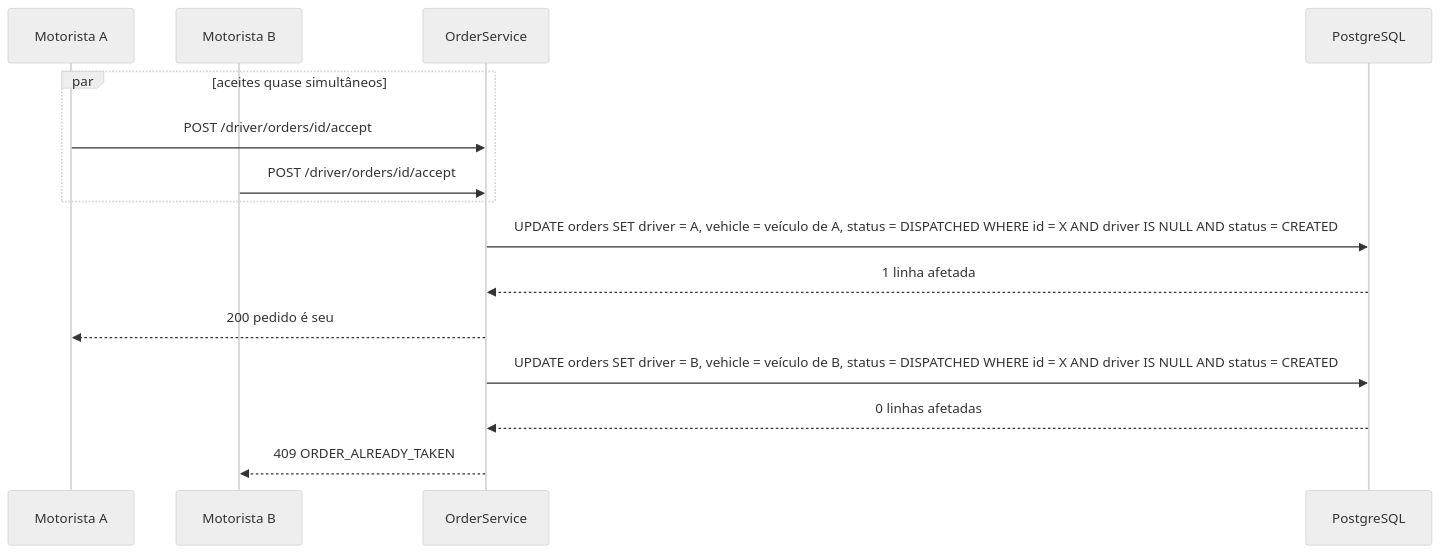
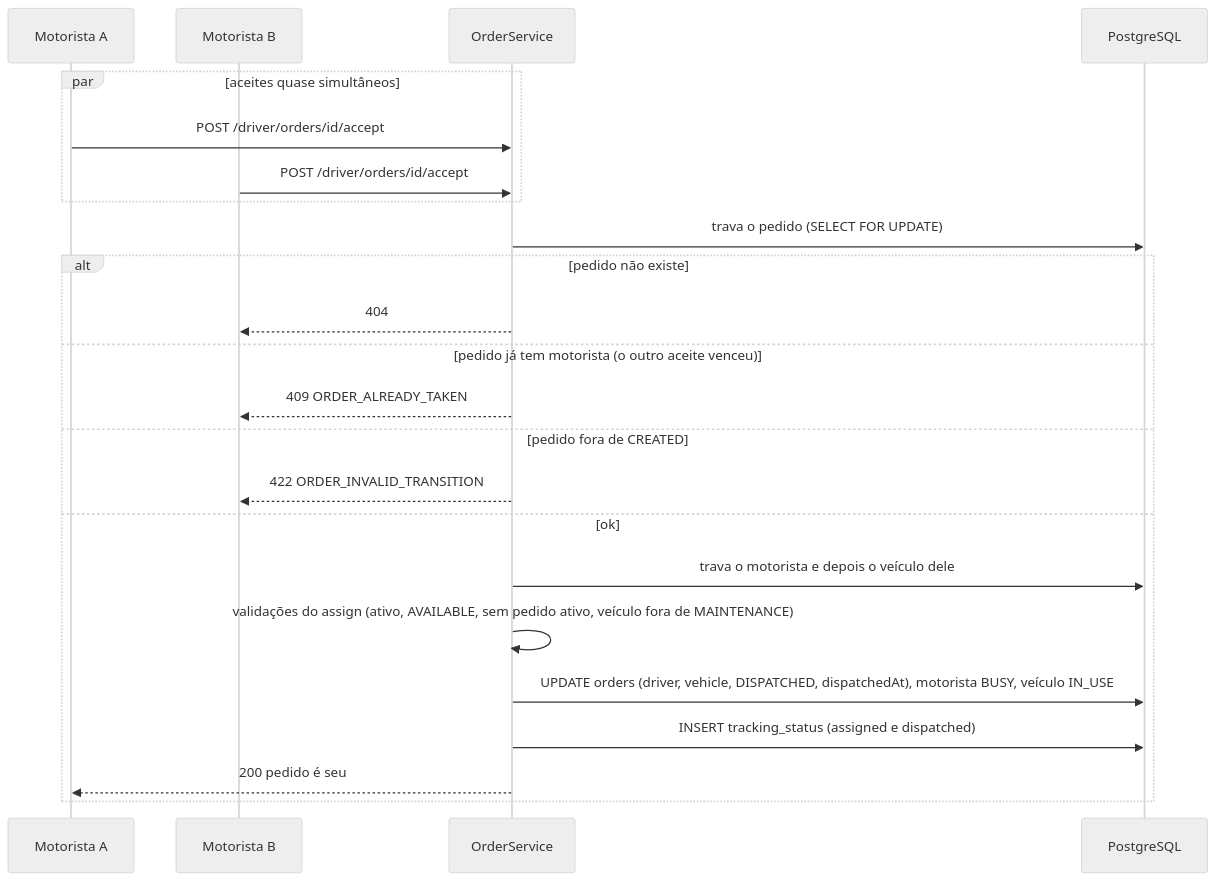
The eighth of 17 diagrams in docs/flows.md (Edryck/kj-fleets), drawn with Mermaid (neutral theme) before and after one commit. The commit also changed other lines of this file and 4 other files, not shown here.

````diff
--- a/docs/flows.md
+++ b/docs/flows.md
@@ -191,18 +211,26 @@
 ```mermaid
 sequenceDiagram
     participant D1 as Motorista A
     participant D2 as Motorista B
     participant S as OrderService
     participant DB as PostgreSQL
 
     par aceites quase simultâneos
         D1->>S: POST /driver/orders/id/accept
         D2->>S: POST /driver/orders/id/accept
     end
-    S->>DB: UPDATE orders SET driver = A, vehicle = veículo de A, status = DISPATCHED WHERE id = X AND driver IS NULL AND status = CREATED
-    DB-->>S: 1 linha afetada
-    S-->>D1: 200 pedido é seu
-    S->>DB: UPDATE orders SET driver = B, vehicle = veículo de B, status = DISPATCHED WHERE id = X AND driver IS NULL AND status = CREATED
-    DB-->>S: 0 linhas afetadas
-    S-->>D2: 409 ORDER_ALREADY_TAKEN
+    S->>DB: trava o pedido (SELECT FOR UPDATE)
+    alt pedido não existe
+        S-->>D2: 404
+    else pedido já tem motorista (o outro aceite venceu)
+        S-->>D2: 409 ORDER_ALREADY_TAKEN
+    else pedido fora de CREATED
+        S-->>D2: 422 ORDER_INVALID_TRANSITION
+    else ok
+        S->>DB: trava o motorista e depois o veículo dele
+        S->>S: validações do assign (ativo, AVAILABLE, sem pedido ativo, veículo fora de MAINTENANCE)
+        S->>DB: UPDATE orders (driver, vehicle, DISPATCHED, dispatchedAt), motorista BUSY, veículo IN_USE
+        S->>DB: INSERT tracking_status (assigned e dispatched)
+        S-->>D1: 200 pedido é seu
+    end
 ```
````
